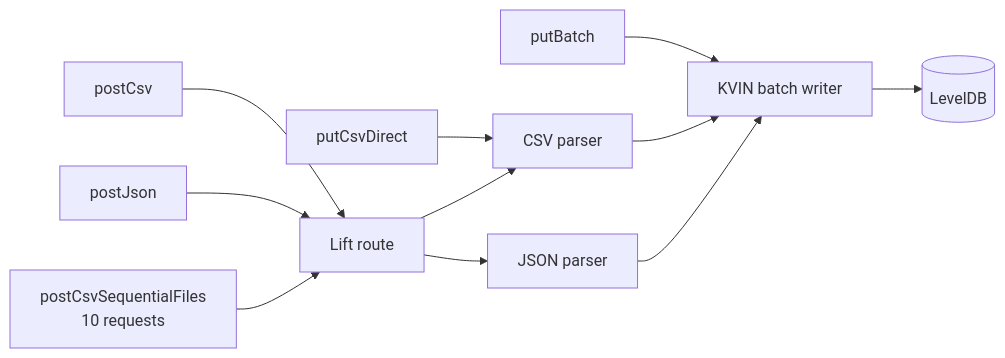
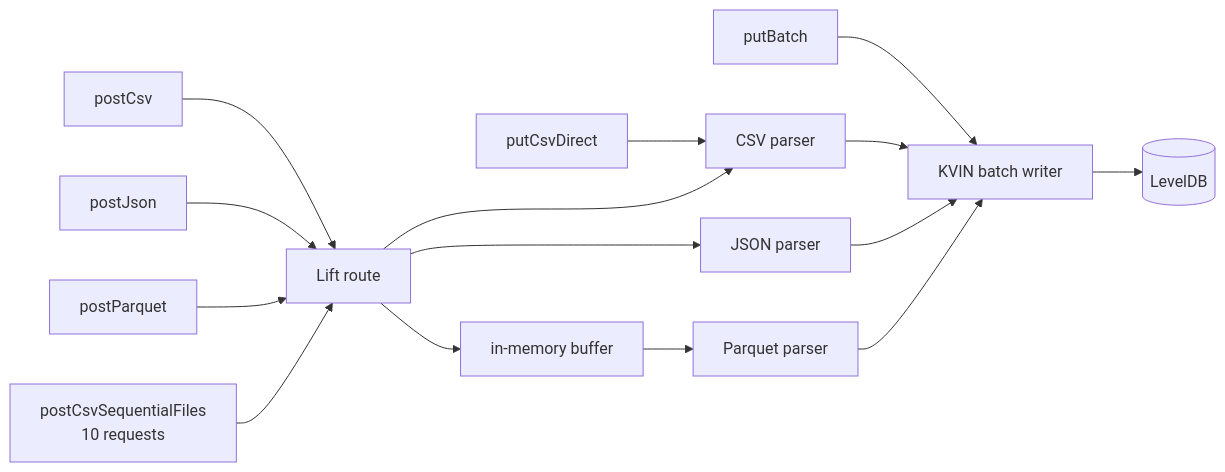
The diagram in docs/benchmarks/kvin-ingestion.md (linkedfactory/linkedfactory-pod), drawn with Mermaid before and after one commit. The commit also changed other lines of this file and 4 other files, not shown here.

````diff
--- a/docs/benchmarks/kvin-ingestion.md
+++ b/docs/benchmarks/kvin-ingestion.md
@@ -15,9 +15,10 @@
 ```mermaid
 flowchart LR
     PB["putBatch"] --> W["KVIN batch writer"]
     CD["putCsvDirect"] --> CP["CSV parser"] --> W
     PC["postCsv"] --> L["Lift route"] --> CP
     PJ["postJson"] --> L --> JP["JSON parser"] --> W
+    PP["postParquet"] --> L --> PF["in-memory buffer"] --> PR["Parquet parser"] --> W
     PS["postCsvSequentialFiles<br/>10 requests"] --> L
     W --> DB[("LevelDB")]
 ```
````
